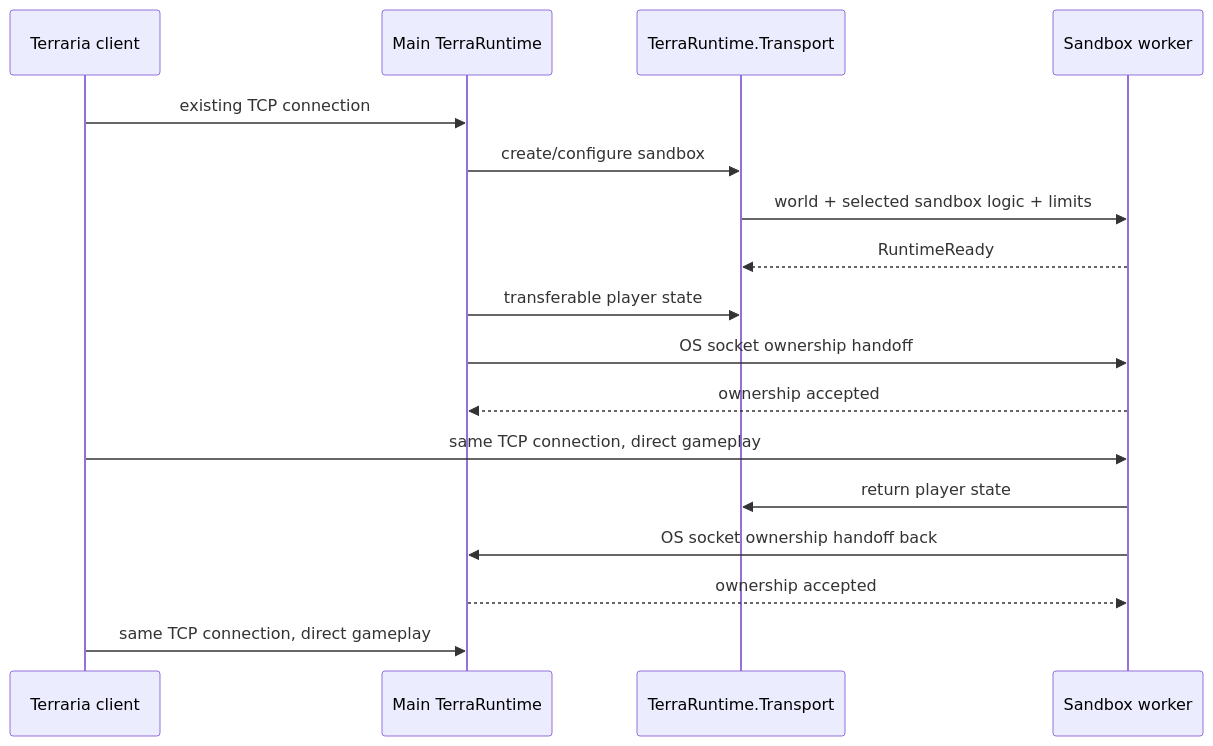
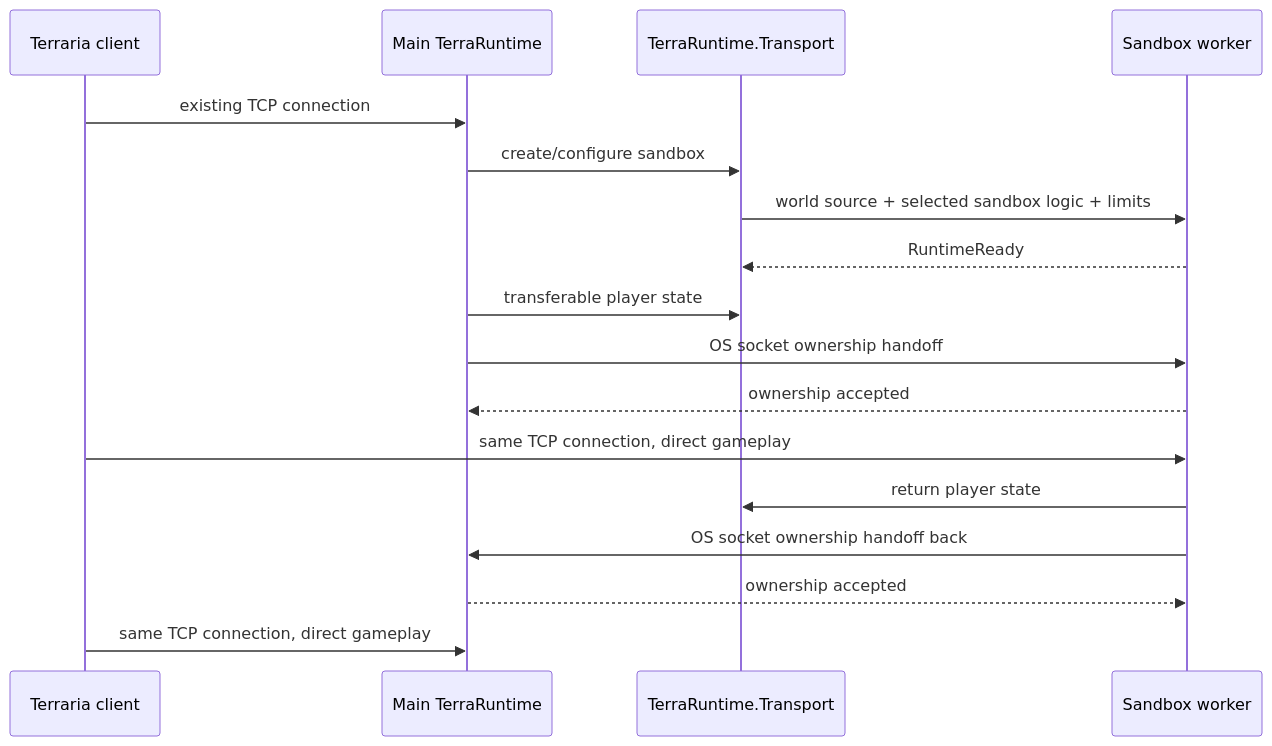
The sixth of 6 diagrams in docs/roadmap/sandbox/README.md (VegaKernel/TerraRuntime), drawn with Mermaid before and after one commit. The commit also changed other lines of this file and 7 other files, not shown here.

First line of the commit message:
Define shared sandbox world sources and schematic format

````diff
--- a/docs/roadmap/sandbox/README.md
+++ b/docs/roadmap/sandbox/README.md
@@ -106,20 +129,20 @@
 ```mermaid
 sequenceDiagram
     participant C as Terraria client
     participant M as Main TerraRuntime
     participant T as TerraRuntime.Transport
     participant W as Sandbox worker
 
     C->>M: existing TCP connection
     M->>T: create/configure sandbox
-    T->>W: world + selected sandbox logic + limits
+    T->>W: world source + selected sandbox logic + limits
     W-->>T: RuntimeReady
     M->>T: transferable player state
     M->>W: OS socket ownership handoff
     W-->>M: ownership accepted
     C->>W: same TCP connection, direct gameplay
     W->>T: return player state
     W->>M: OS socket ownership handoff back
     M-->>W: ownership accepted
     C->>M: same TCP connection, direct gameplay
 ```
````
